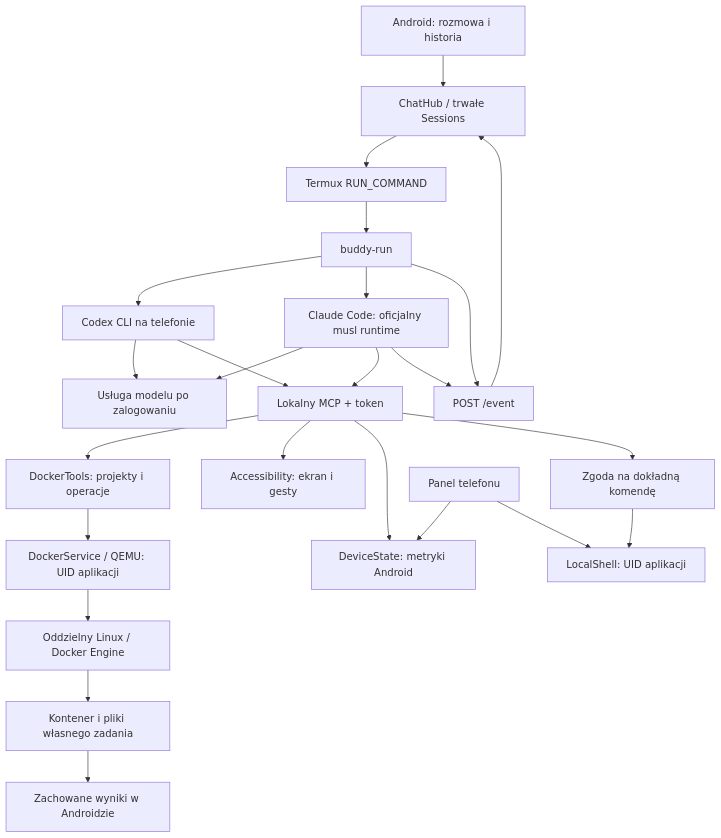
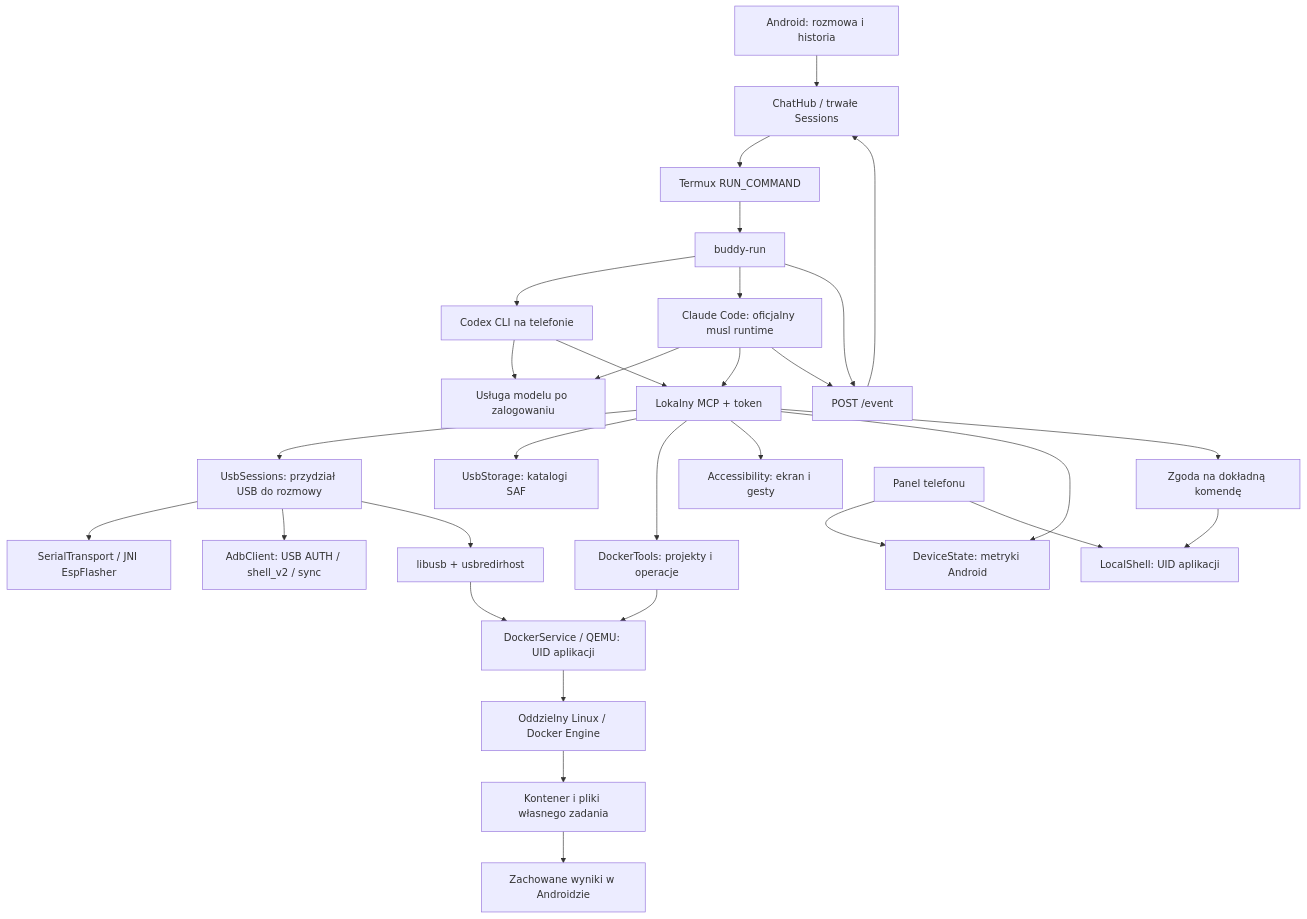
The diagram in docs/ARCHITECTURE.md (mateuszsury/androidagent), drawn with Mermaid before and after one commit. The commit also changed other lines of this file and 181 other files, not shown here.

````diff
--- a/docs/ARCHITECTURE.md
+++ b/docs/ARCHITECTURE.md
@@ -19,26 +19,32 @@
 ```mermaid
 flowchart TD
   UI[Android: rozmowa i historia] --> HUB[ChatHub / trwałe Sessions]
   HUB --> INTENT[Termux RUN_COMMAND]
   INTENT --> HELPER[buddy-run]
   HELPER --> CODEX[Codex CLI na telefonie]
   HELPER --> CLAUDE[Claude Code: oficjalny musl runtime]
   CLAUDE --> MODEL
   CLAUDE --> MCP
   CLAUDE --> EVENTS
   CODEX --> MODEL[Usługa modelu po zalogowaniu]
   CODEX --> MCP[Lokalny MCP + token]
+  MCP --> USB[UsbSessions: przydział USB do rozmowy]
+  USB --> SERIAL[SerialTransport / JNI EspFlasher]
+  USB --> ADB[AdbClient: USB AUTH / shell_v2 / sync]
+  MCP --> SAF[UsbStorage: katalogi SAF]
+  USB --> REDIR[libusb + usbredirhost]
+  REDIR --> VM
   MCP --> DOCKER[DockerTools: projekty i operacje]
   DOCKER --> VM[DockerService / QEMU: UID aplikacji]
   VM --> LINUX[Oddzielny Linux / Docker Engine]
   LINUX --> CONTAINERS[Kontener i pliki własnego zadania]
   CONTAINERS --> EXPORT[Zachowane wyniki w Androidzie]
   MCP --> ACCESS[Accessibility: ekran i gesty]
   MCP --> STATE[DeviceState: metryki Android]
   MCP --> APPROVAL[Zgoda na dokładną komendę]
   APPROVAL --> SHELL[LocalShell: UID aplikacji]
   HELPER --> EVENTS[POST /event]
   EVENTS --> HUB
   PANEL[Panel telefonu] --> STATE
   PANEL --> SHELL
 ```
````
